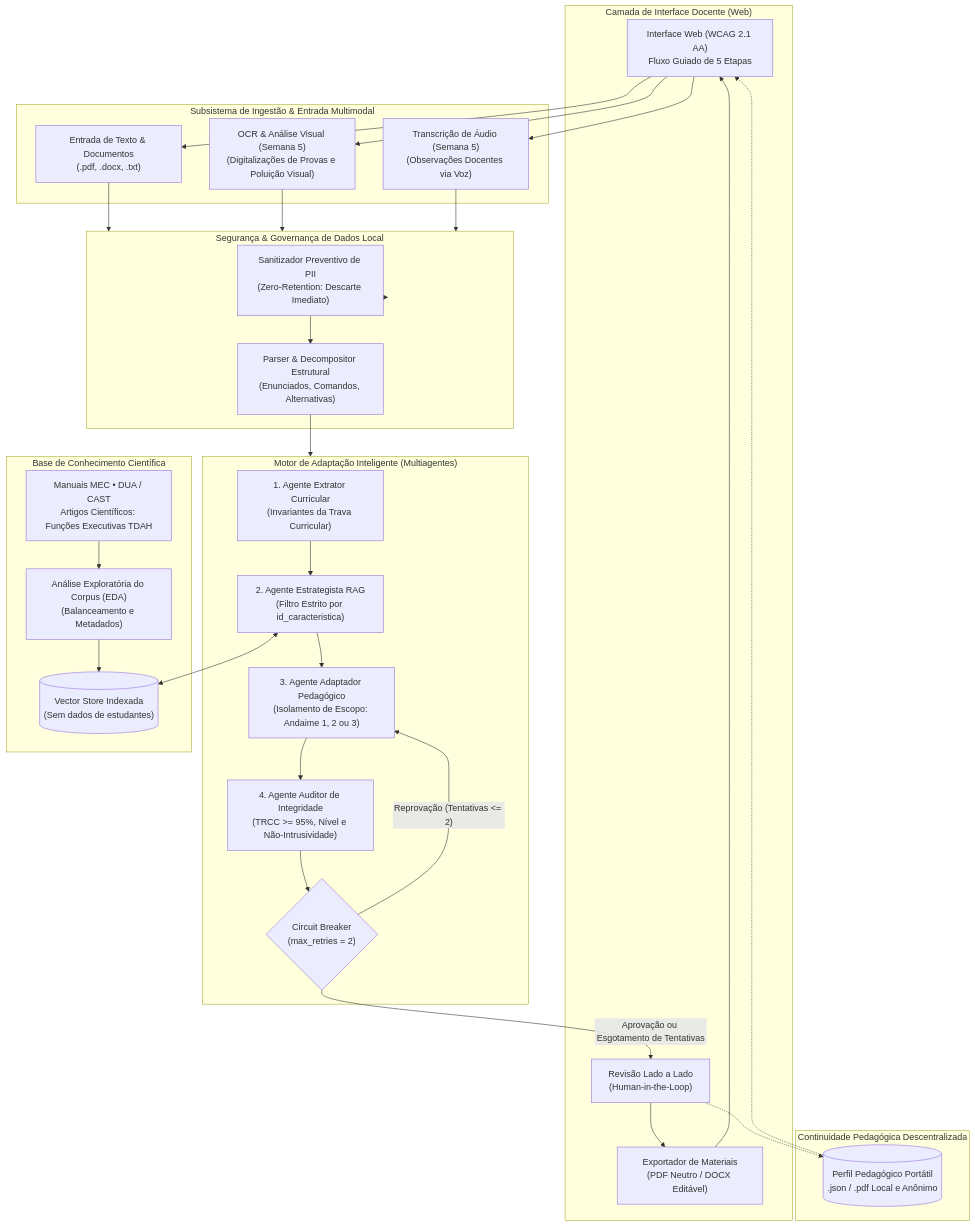
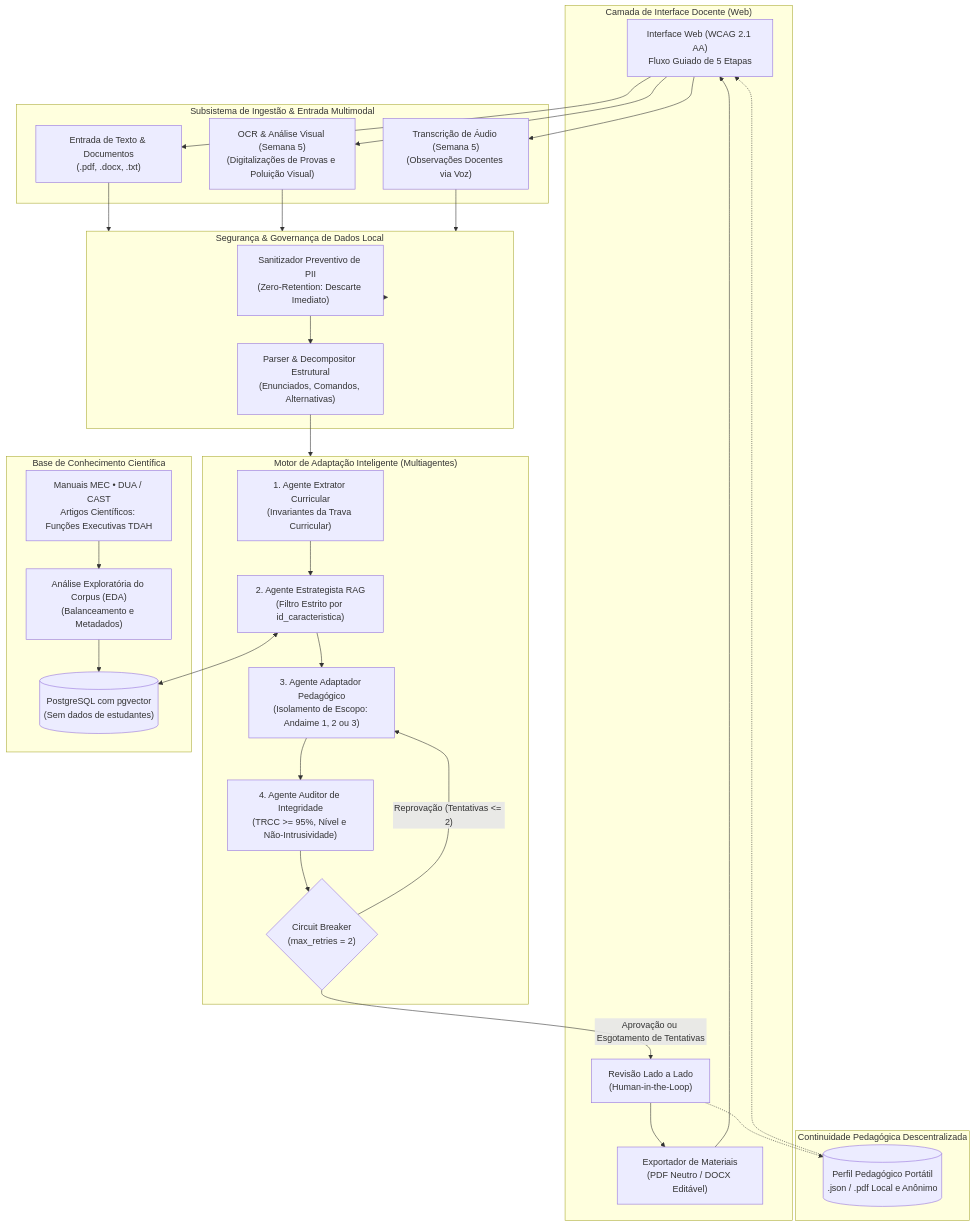
Before and after one commit to challenge-2-residencia-ia-grupo-3/Iris: the first of 3 diagrams in docs/arquitetura.md, drawn with Mermaid. The commit also changed 24 other files, not shown here.

Commit message:
chore(rag): remove o Chroma e mantem o PostgreSQL com pgvector como banco vetorial unico

````diff
--- a/docs/arquitetura.md
+++ b/docs/arquitetura.md
@@ -7,66 +7,66 @@
 ```mermaid
 flowchart TD
     subgraph Cliente["Camada de Interface Docente (Web)"]
         UI["Interface Web (WCAG 2.1 AA)<br/>Fluxo Guiado de 5 Etapas"]
         Review["Revisão Lado a Lado<br/>(Human-in-the-Loop)"]
         Export["Exportador de Materiais<br/>(PDF Neutro / DOCX Editável)"]
     end
 
     subgraph Ingestao["Subsistema de Ingestão & Entrada Multimodal"]
         TextDocIn["Entrada de Texto & Documentos<br/>(.pdf, .docx, .txt)"]
         OCR_VLM["OCR & Análise Visual (Semana 5)<br/>(Digitalizações de Provas e Poluição Visual)"]
         STT_Audio["Transcrição de Áudio (Semana 5)<br/>(Observações Docentes via Voz)"]
     end
 
     subgraph Gateway["Segurança & Governança de Dados Local"]
         PII["Sanitizador Preventivo de PII<br/>(Zero-Retention: Descarte Imediato)"]
         Parser["Parser & Decompositor Estrutural<br/>(Enunciados, Comandos, Alternativas)"]
     end
 
     subgraph Core["Motor de Adaptação Inteligente (Multiagentes)"]
         AgCurriculo["1. Agente Extrator Curricular<br/>(Invariantes da Trava Curricular)"]
         AgEstrategia["2. Agente Estrategista RAG<br/>(Filtro Estrito por id_caracteristica)"]
         AgAdaptador["3. Agente Adaptador Pedagógico<br/>(Isolamento de Escopo: Andaime 1, 2 ou 3)"]
         AgAuditor["4. Agente Auditor de Integridade<br/>(TRCC >= 95%, Nível e Não-Intrusividade)"]
         CircuitBreaker{"Circuit Breaker<br/>(max_retries = 2)"}
     end
 
     subgraph RAG_KB["Base de Conhecimento Científica"]
-        Chroma[("Vector Store Indexada<br/>(Sem dados de estudantes)")]
+        PgVector[("PostgreSQL com pgvector<br/>(Sem dados de estudantes)")]
         KB_Docs["Manuais MEC • DUA / CAST<br/>Artigos Científicos: Funções Executivas TDAH"]
         EDA_Corpus["Análise Exploratória do Corpus (EDA)<br/>(Balanceamento e Metadados)"]
     end
 
     subgraph Portabilidade["Continuidade Pedagógica Descentralizada"]
         PortProfile[("Perfil Pedagógico Portátil<br/>.json / .pdf Local e Anônimo")]
     end
 
     UI --> TextDocIn
     UI --> OCR_VLM
     UI --> STT_Audio
 
     TextDocIn --> Gateway
     OCR_VLM --> Gateway
     STT_Audio --> Gateway
 
     Gateway --> PII
     PII --> Parser
     Parser --> Core
 
     KB_Docs --> EDA_Corpus
-    EDA_Corpus --> Chroma
+    EDA_Corpus --> PgVector
 
     AgCurriculo --> AgEstrategia
-    AgEstrategia <--> Chroma
+    AgEstrategia <--> PgVector
     AgEstrategia --> AgAdaptador
     AgAdaptador --> AgAuditor
 
     AgAuditor --> CircuitBreaker
     CircuitBreaker -- "Reprovação (Tentativas <= 2)" --> AgAdaptador
     CircuitBreaker -- "Aprovação ou Esgotamento de Tentativas" --> Review
 
     Review --> Export
     Review -.-> PortProfile
     PortProfile -.-> UI
     Export --> UI
 ```
````
